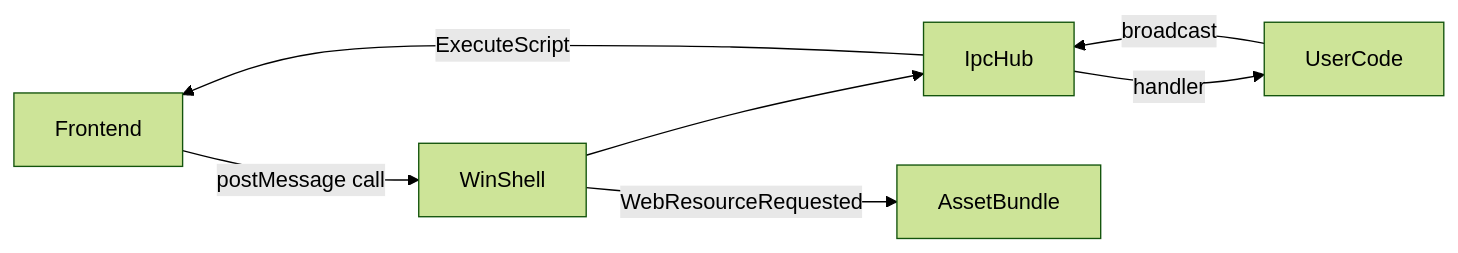
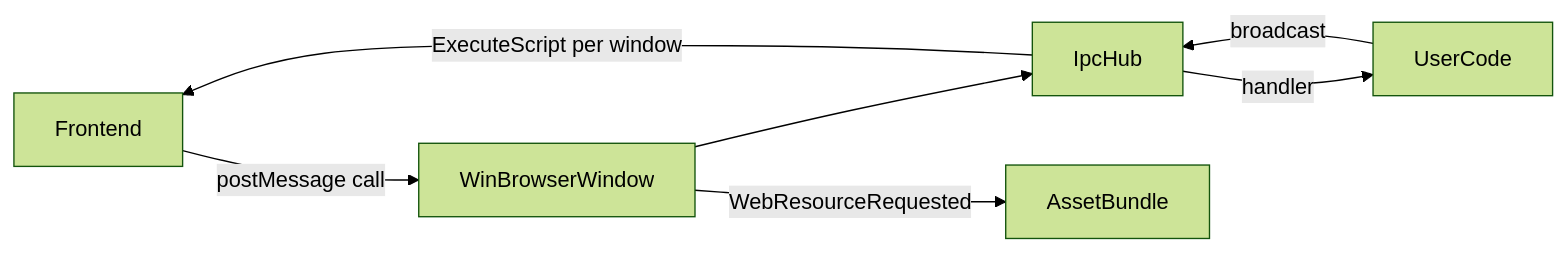
The diagram in docs/architecture.md (kualone/kutie), drawn with Mermaid (forest theme) before and after one commit. The commit also changed other lines of this file and 41 other files, not shown here.

First line of the commit message:
Replace IShell with Electron-style BrowserWindow API.

````diff
--- a/docs/architecture.md
+++ b/docs/architecture.md
@@ -18,9 +19,9 @@
 ```mermaid
 flowchart LR
-    Frontend -->|postMessage call| WinShell
-    WinShell --> IpcHub
+    Frontend -->|postMessage call| WinBrowserWindow
+    WinBrowserWindow --> IpcHub
     IpcHub -->|handler| UserCode
     UserCode -->|broadcast| IpcHub
-    IpcHub -->|ExecuteScript| Frontend
-    WinShell -->|WebResourceRequested| AssetBundle
+    IpcHub -->|ExecuteScript per window| Frontend
+    WinBrowserWindow -->|WebResourceRequested| AssetBundle
 ```
````
